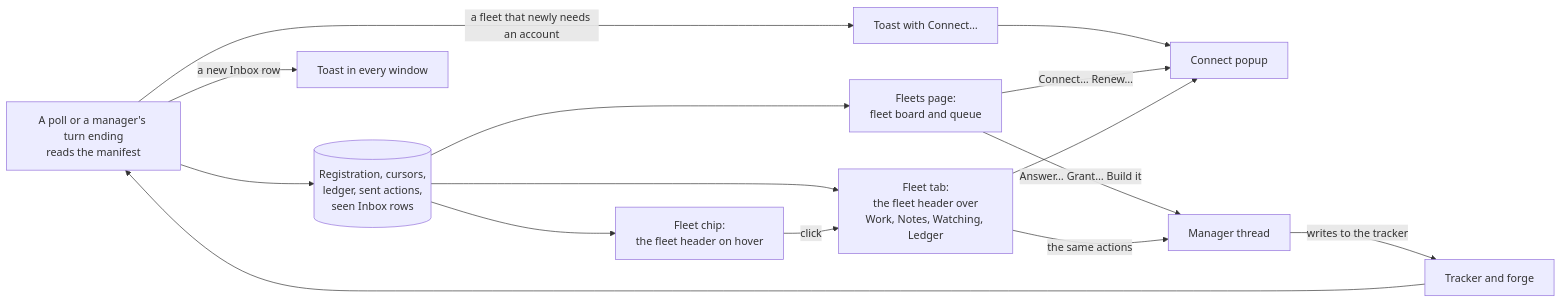
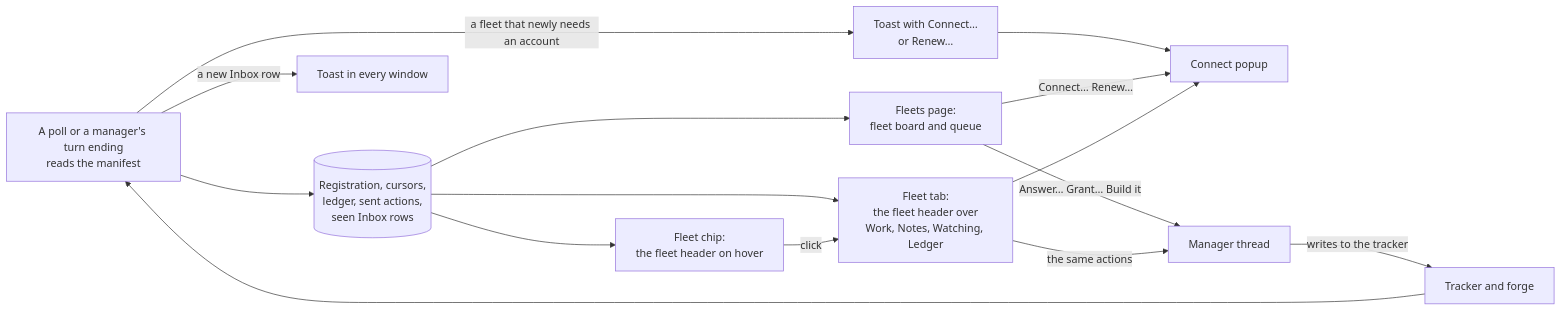
The diagram in docs/reference/unattendish-dashboard.md (gperezmz/bb-plugins), drawn with Mermaid before and after one commit. The commit also changed other lines of this file and 3 other files, not shown here.

````diff
--- a/docs/reference/unattendish-dashboard.md
+++ b/docs/reference/unattendish-dashboard.md
@@ -3,17 +3,17 @@
 ```mermaid
 flowchart LR
   poll["A poll or a manager's turn ending<br/>reads the manifest"] --> state[("Registration, cursors,<br/>ledger, sent actions,<br/>seen Inbox rows")]
   state --> page["Fleets page:<br/>fleet board and queue"]
   state --> chip["Fleet chip:<br/>the fleet header on hover"]
   state --> tab["Fleet tab:<br/>the fleet header over<br/>Work, Notes, Watching, Ledger"]
   chip -->|click| tab
   poll -->|a new Inbox row| toast["Toast in every window"]
-  poll -->|a fleet that newly needs an account| needs["Toast with Connect…"]
+  poll -->|a fleet that newly needs an account| needs["Toast with Connect…<br/>or Renew…"]
   needs --> connect["Connect popup"]
   page -->|Connect… Renew…| connect
   tab --> connect
   page -->|Answer… Grant… Build it| manager["Manager thread"]
   tab -->|the same actions| manager
   manager -->|writes to the tracker| service["Tracker and forge"]
   service --> poll
 ```
````
